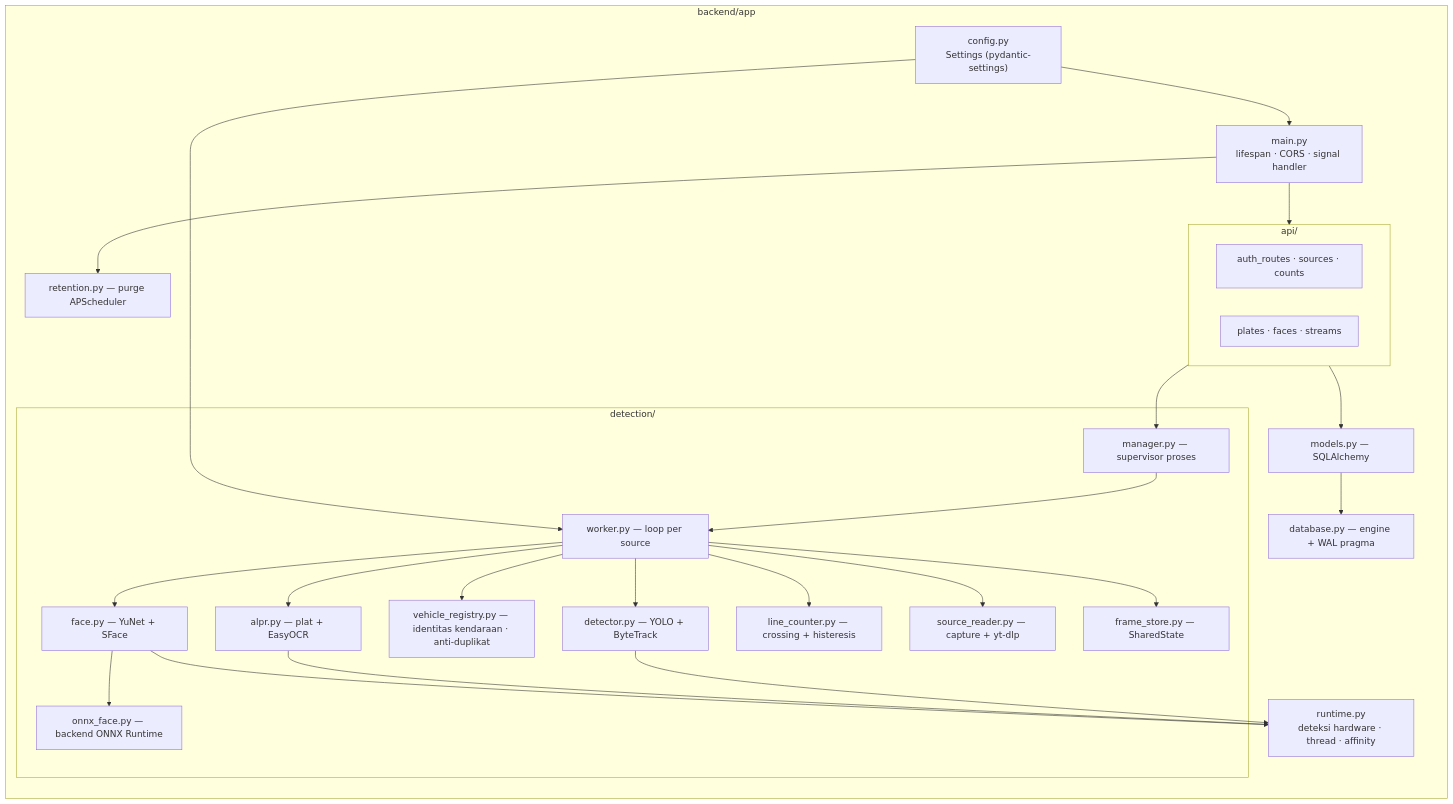
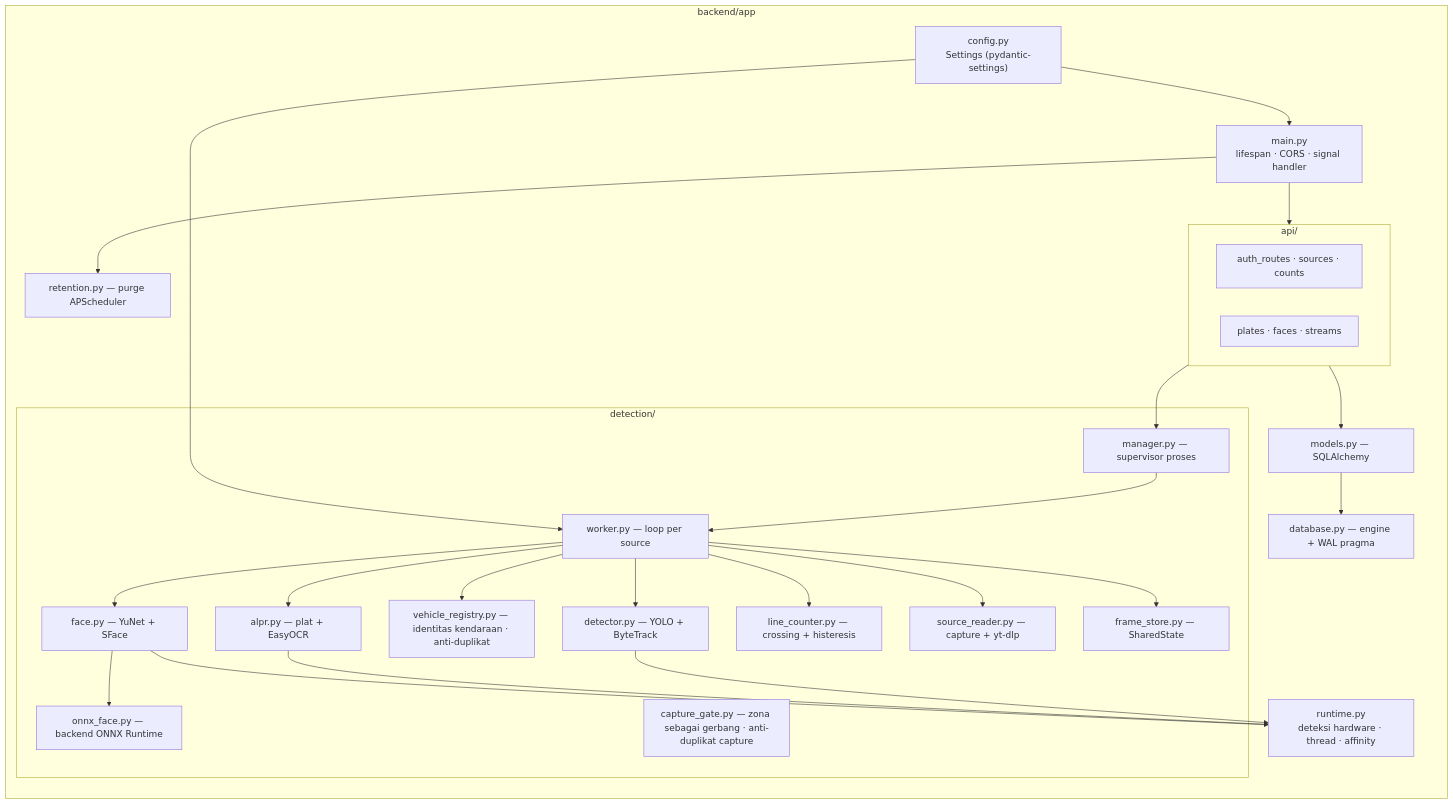
One commit to andiyulistyo/cctv-forall changed the eighth of 9 diagrams in docs/ARCHITECTURE.md. Above: the diagram before and after it, drawn with Mermaid. The commit also changed other lines of this file and 7 other files, not shown here.

````diff
--- a/docs/ARCHITECTURE.md
+++ b/docs/ARCHITECTURE.md
@@ -422,47 +422,48 @@
 ```mermaid
 flowchart LR
     subgraph app["backend/app"]
         MAIN["main.py<br/>lifespan · CORS · signal handler"]
         CFG["config.py<br/>Settings (pydantic-settings)"]
         RT["runtime.py<br/>deteksi hardware · thread · affinity"]
         MOD["models.py — SQLAlchemy"]
         DBM["database.py — engine + WAL pragma"]
         RET["retention.py — purge APScheduler"]
 
         subgraph apis["api/"]
             A1["auth_routes · sources · counts"]
             A2["plates · faces · streams"]
         end
 
         subgraph det["detection/"]
             MG["manager.py — supervisor proses"]
             WK["worker.py — loop per source"]
             DT["detector.py — YOLO + ByteTrack"]
             AL["alpr.py — plat + EasyOCR"]
             VR["vehicle_registry.py — identitas kendaraan · anti-duplikat"]
+            CG["capture_gate.py — zona sebagai gerbang · anti-duplikat capture"]
             FC["face.py — YuNet + SFace"]
             OF["onnx_face.py — backend ONNX Runtime"]
             LN["line_counter.py — crossing + histeresis"]
             SRD["source_reader.py — capture + yt-dlp"]
             FS["frame_store.py — SharedState"]
         end
     end
 
     MAIN --> apis
     MAIN --> RET
     apis --> MG --> WK
     WK --> DT
     WK --> AL
     WK --> VR
     WK --> FC
     WK --> LN
     WK --> SRD
     WK --> FS
     FC --> OF
     DT --> RT
     AL --> RT
     FC --> RT
     apis --> MOD --> DBM
     CFG --> MAIN
     CFG --> WK
 ```
````
